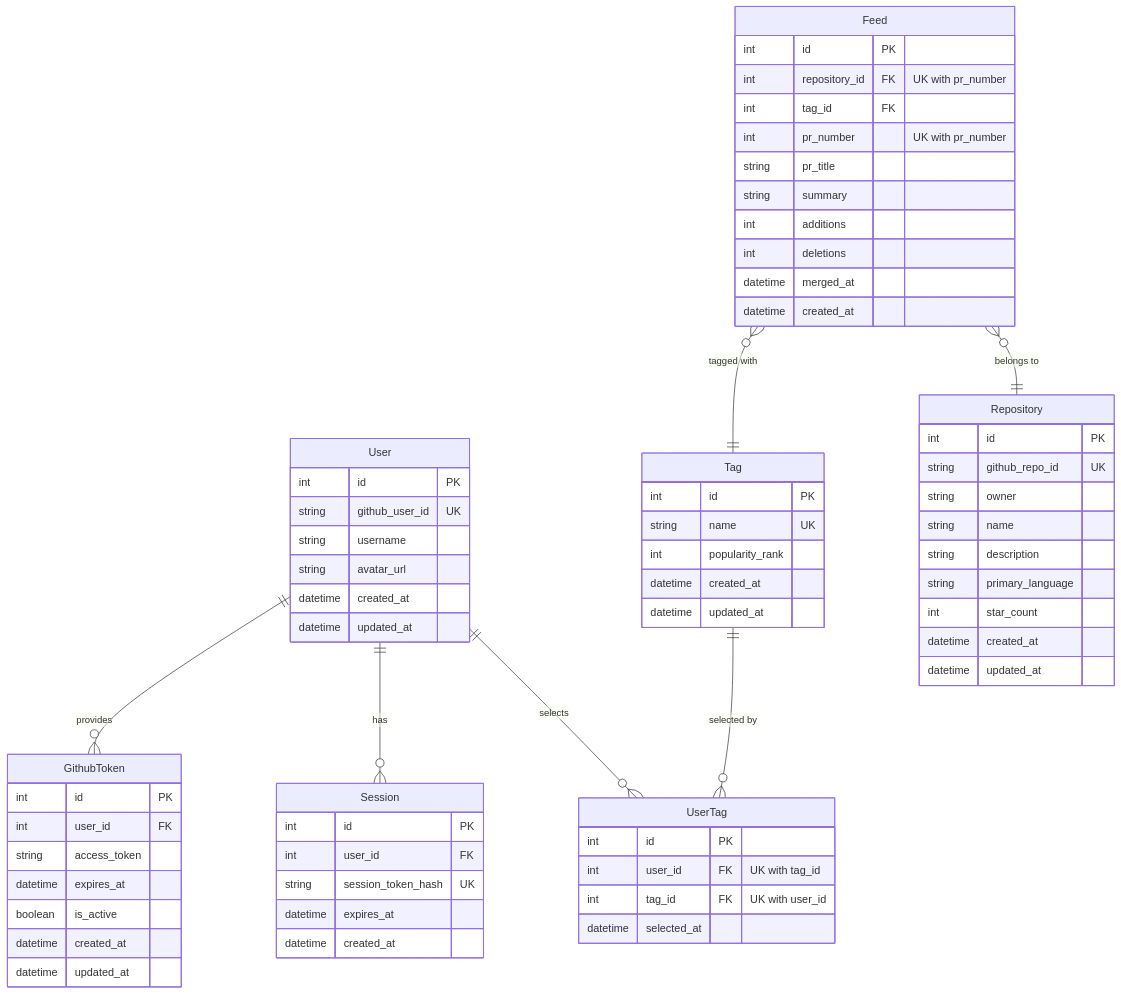
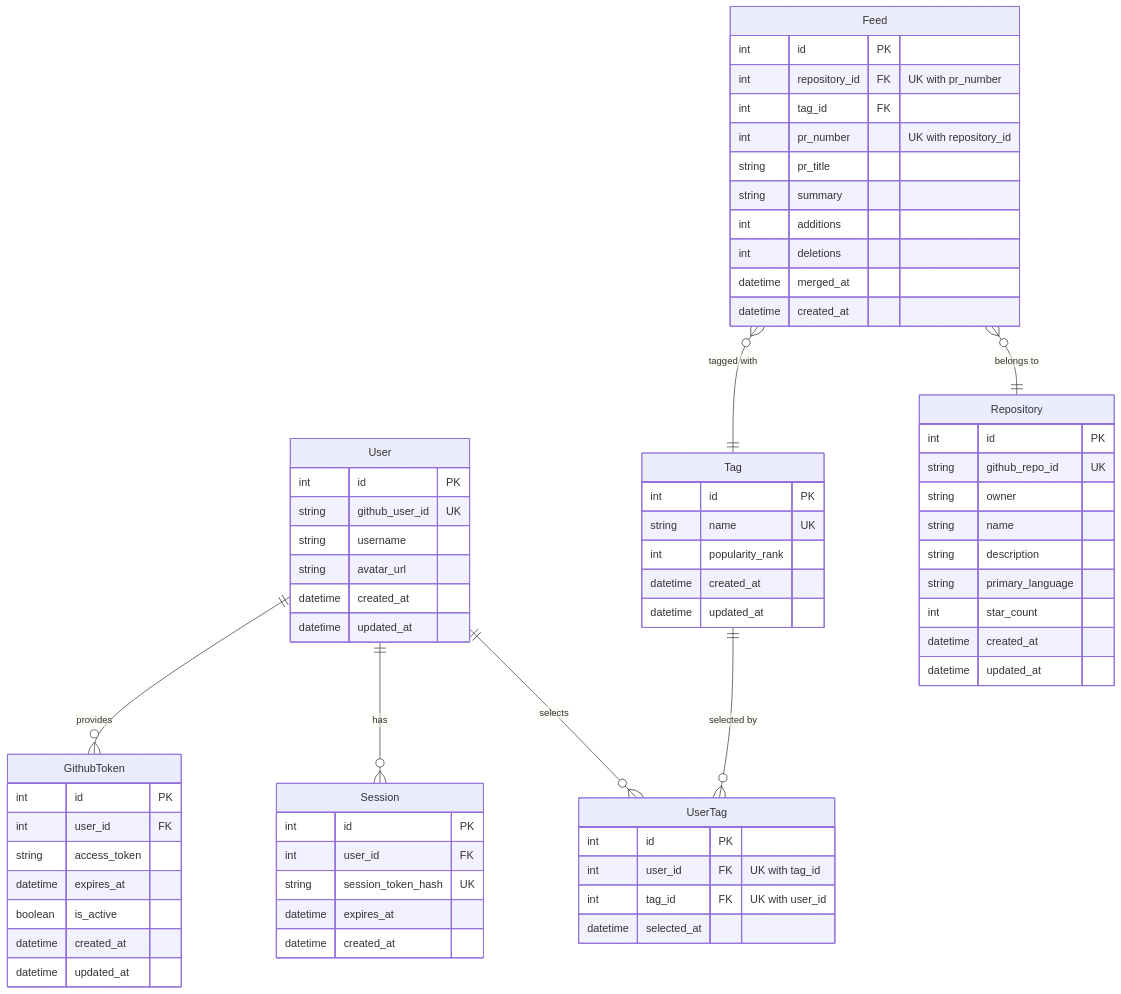
The diagram in docs/er-diagram.md (tsukuneA1/git-feed), drawn with Mermaid before and after one commit.

````diff
--- a/docs/er-diagram.md
+++ b/docs/er-diagram.md
@@ -1,76 +1,76 @@
 ```mermaid
 erDiagram
     User ||--o{ UserTag : "selects"
     Tag ||--o{ UserTag : "selected by"
     User ||--o{ Session : "has"
     User ||--o{ GithubToken : "provides"
     Feed }o--|| Repository : "belongs to"
     Feed }o--|| Tag : "tagged with"
 
     User {
         int id PK
         string github_user_id UK
         string username
         string avatar_url
         datetime created_at
         datetime updated_at
     }
 
     GithubToken {
         int id PK
         int user_id FK
         string access_token
         datetime expires_at
         boolean is_active
         datetime created_at
         datetime updated_at
     }
 
     Tag {
         int id PK
         string name UK
         int popularity_rank
         datetime created_at
         datetime updated_at
     }
 
     UserTag {
         int id PK
         int user_id FK "UK with tag_id"
         int tag_id FK "UK with user_id"
         datetime selected_at
     }
 
     Session {
         int id PK
         int user_id FK
         string session_token_hash UK
         datetime expires_at
         datetime created_at
     }
 
     Repository {
         int id PK
         string github_repo_id UK
         string owner
         string name
         string description
         string primary_language
         int star_count
         datetime created_at
         datetime updated_at
     }
 
     Feed {
         int id PK
         int repository_id FK "UK with pr_number"
         int tag_id FK
-        int pr_number "UK with pr_number"
+        int pr_number "UK with repository_id"
         string pr_title
         string summary
         int additions
         int deletions
         datetime merged_at
         datetime created_at
     }
 ```
````
